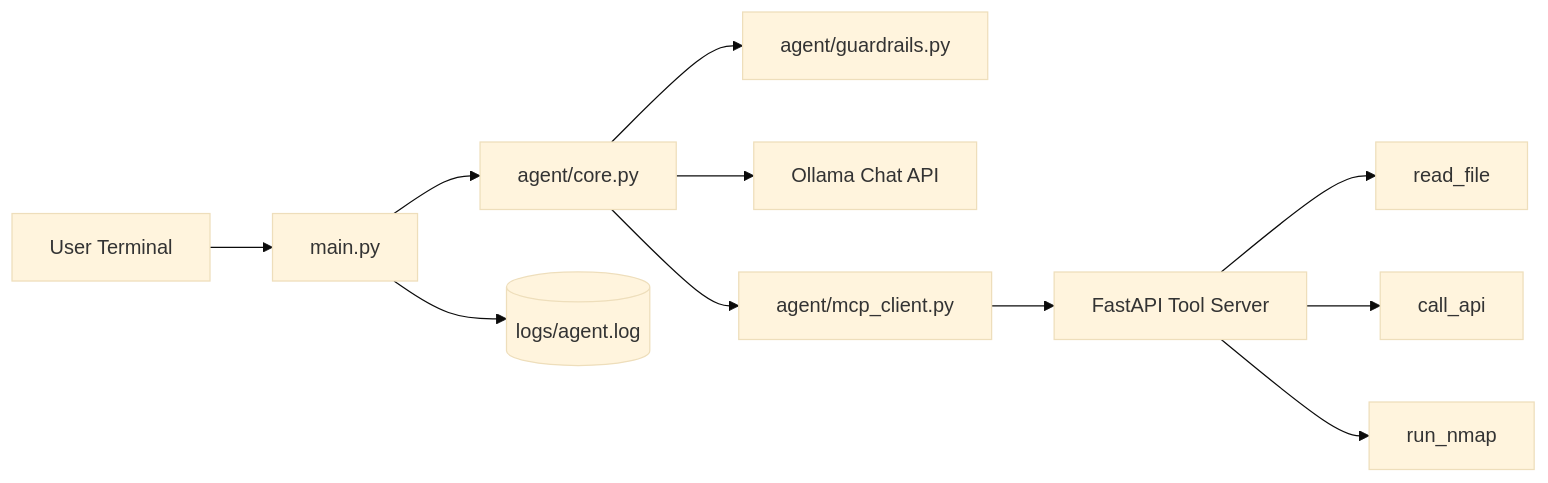
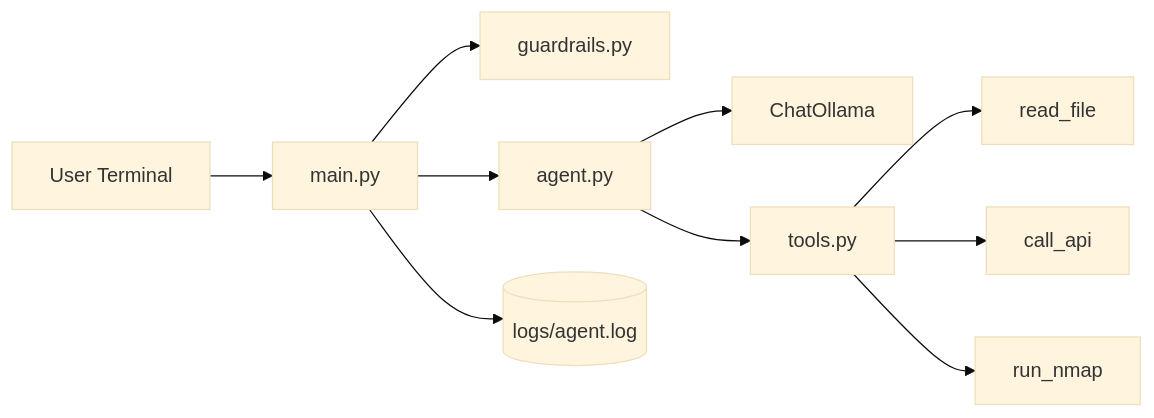
The first of 2 diagrams in docs/ARCHITECTURE.md (soorajrs409/e-agent), drawn with Mermaid (base theme) before and after one commit. The commit also changed other lines of this file and 31 other files, not shown here.

First line of the commit message:
refactor: migrate to LangChain agent architecture

````diff
--- a/docs/ARCHITECTURE.md
+++ b/docs/ARCHITECTURE.md
@@ -10,13 +7,12 @@
 ```mermaid
 flowchart LR
     U[User Terminal] --> MAIN[main.py]
-    MAIN --> CORE[agent/core.py]
-    CORE --> GUARD[agent/guardrails.py]
-    CORE --> OLLAMA[Ollama Chat API]
-    CORE --> MCPCLIENT[agent/mcp_client.py]
-    MCPCLIENT --> MCPSERVER[FastAPI Tool Server]
-    MCPSERVER --> TOOL1[read_file]
-    MCPSERVER --> TOOL2[call_api]
-    MCPSERVER --> TOOL3[run_nmap]
+    MAIN --> GUARD[guardrails.py]
+    MAIN --> AGENT[agent.py]
+    AGENT --> LLM[ChatOllama]
+    AGENT --> TOOLS[tools.py]
+    TOOLS --> RF[read_file]
+    TOOLS --> CA[call_api]
+    TOOLS --> NM[run_nmap]
     MAIN --> LOG[(logs/agent.log)]
 ```
````
